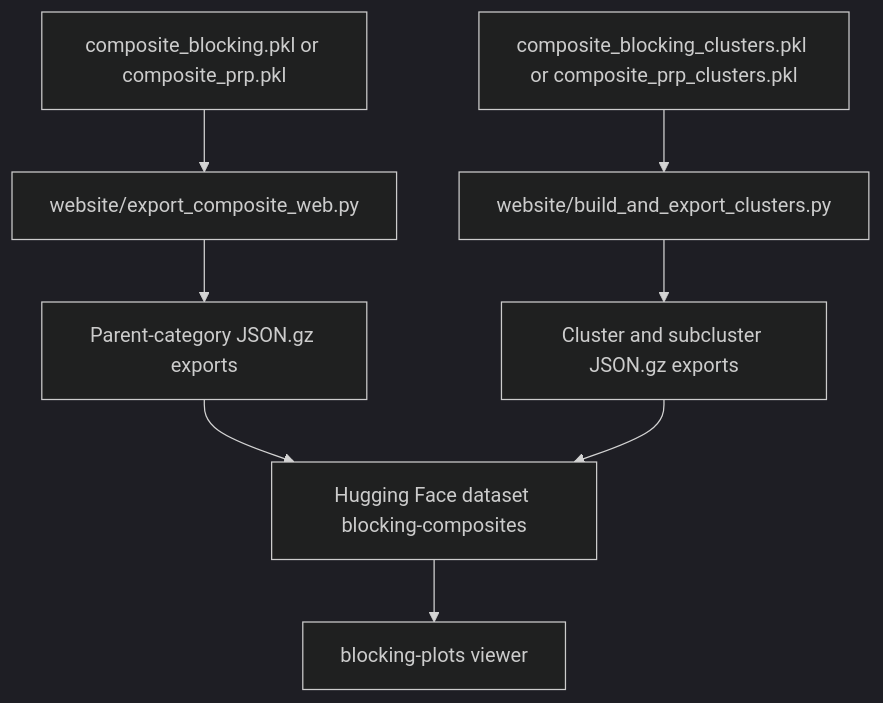
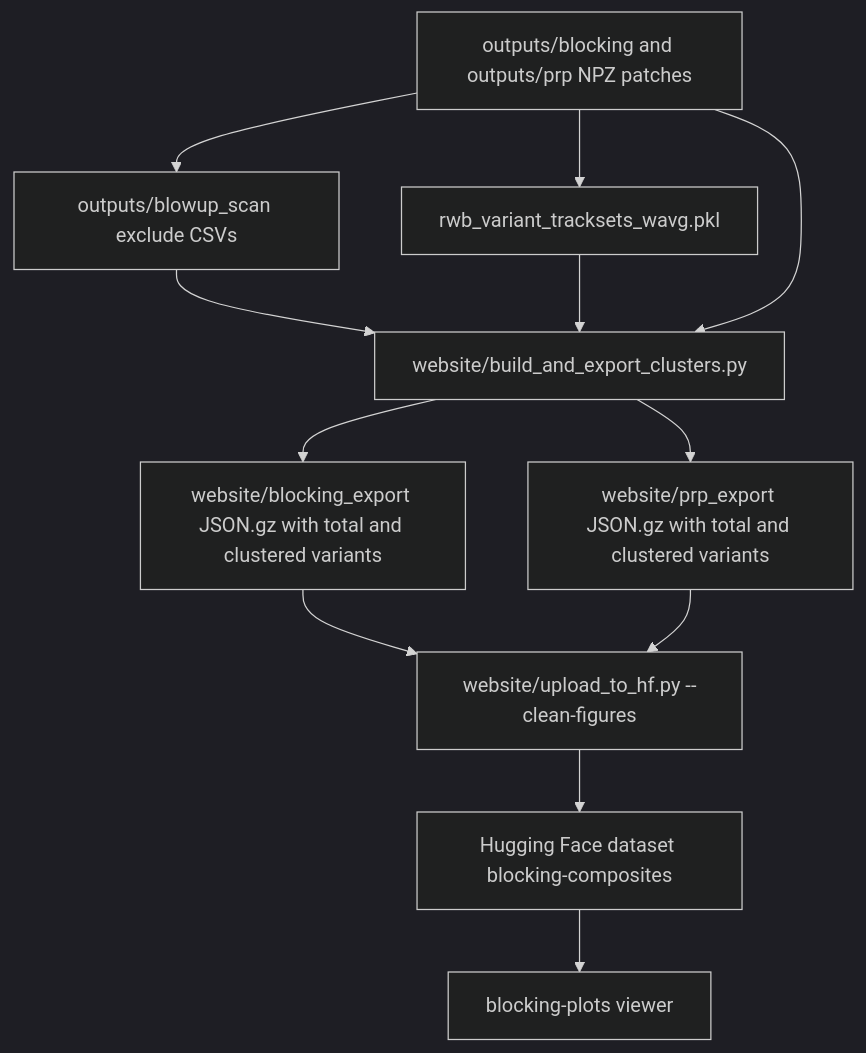
Before and after one commit to yanxingjianken/pvtend: the second of 3 diagrams in README.md, drawn with Mermaid (dark theme). The commit also changed other lines of this file and 21 other files, not shown here.

````diff
--- a/README.md
+++ b/README.md
@@ -199,10 +209,14 @@
 ```mermaid
 graph TD
-    A[composite_blocking.pkl or composite_prp.pkl] --> B[website/export_composite_web.py]
-    C[composite_blocking_clusters.pkl or composite_prp_clusters.pkl] --> D[website/build_and_export_clusters.py]
-    B --> E[Parent-category JSON.gz exports]
-    D --> F[Cluster and subcluster JSON.gz exports]
-    E --> G[Hugging Face dataset blocking-composites]
+    A[outputs/blocking and outputs/prp NPZ patches] --> B[outputs/blowup_scan exclude CSVs]
+    A --> C[rwb_variant_tracksets_wavg.pkl]
+    B --> D[website/build_and_export_clusters.py]
+    C --> D
+    A --> D
+    D --> E[website/blocking_export JSON.gz with total and clustered variants]
+    D --> F[website/prp_export JSON.gz with total and clustered variants]
+    E --> G[website/upload_to_hf.py --clean-figures]
     F --> G
-    G --> H[blocking-plots viewer]
+    G --> H[Hugging Face dataset blocking-composites]
+    H --> I[blocking-plots viewer]
 ```
````
